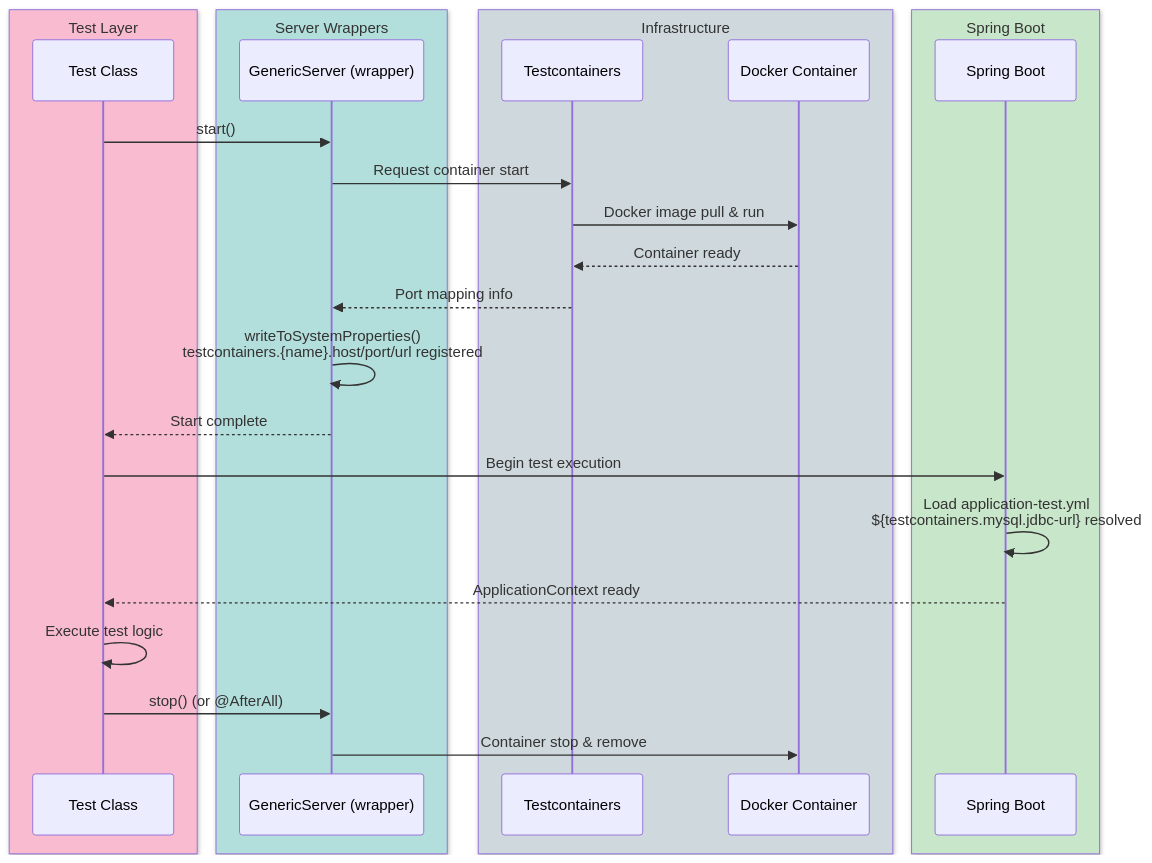
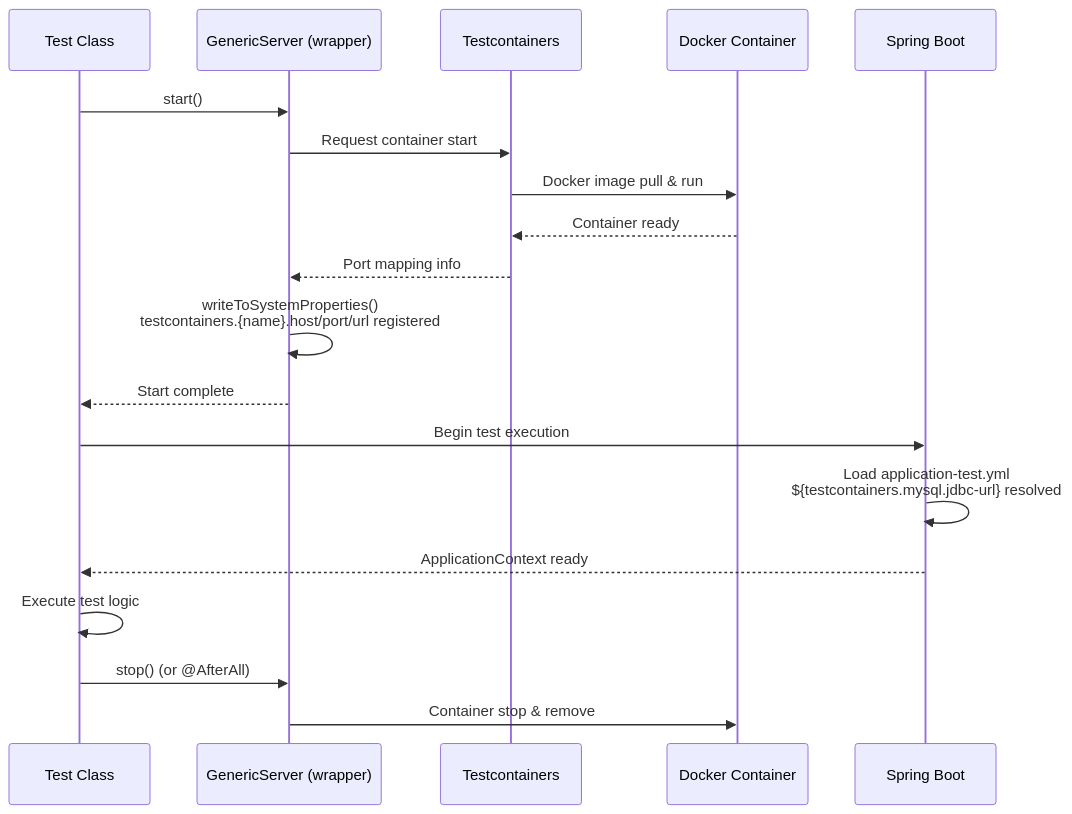
Before and after one commit to bluetape4k/bluetape4k-projects: the first of 4 diagrams in testing/testcontainers/README.md, drawn with Mermaid. The commit also changed other lines of this file and 219 other files, not shown here.

First line of the commit message:
docs: 전체 README Mermaid 다이어그램 가이드 적용

````diff
--- a/testing/testcontainers/README.md
+++ b/testing/testcontainers/README.md
@@ -11,33 +11,25 @@
 ```mermaid
 sequenceDiagram
-    box rgb(248,187,208) Test Layer
         participant TEST as Test Class
-    end
-    box rgb(178,223,219) Server Wrappers
         participant SERVER as GenericServer (wrapper)
-    end
-    box rgb(207,216,220) Infrastructure
         participant TC as Testcontainers
         participant DOCKER as Docker Container
-    end
-    box rgb(200,230,201) Spring Boot
         participant SPRING as Spring Boot
-    end
 
     TEST->>SERVER: start()
     SERVER->>TC: Request container start
     TC->>DOCKER: Docker image pull & run
     DOCKER-->>TC: Container ready
     TC-->>SERVER: Port mapping info
     SERVER->>SERVER: writeToSystemProperties()<br/>testcontainers.{name}.host/port/url registered
     SERVER-->>TEST: Start complete
 
     TEST->>SPRING: Begin test execution
     SPRING->>SPRING: Load application-test.yml<br/>${testcontainers.mysql.jdbc-url} resolved
     SPRING-->>TEST: ApplicationContext ready
 
     TEST->>TEST: Execute test logic
 
     TEST->>SERVER: stop() (or @AfterAll)
     SERVER->>DOCKER: Container stop & remove
 ```
````
